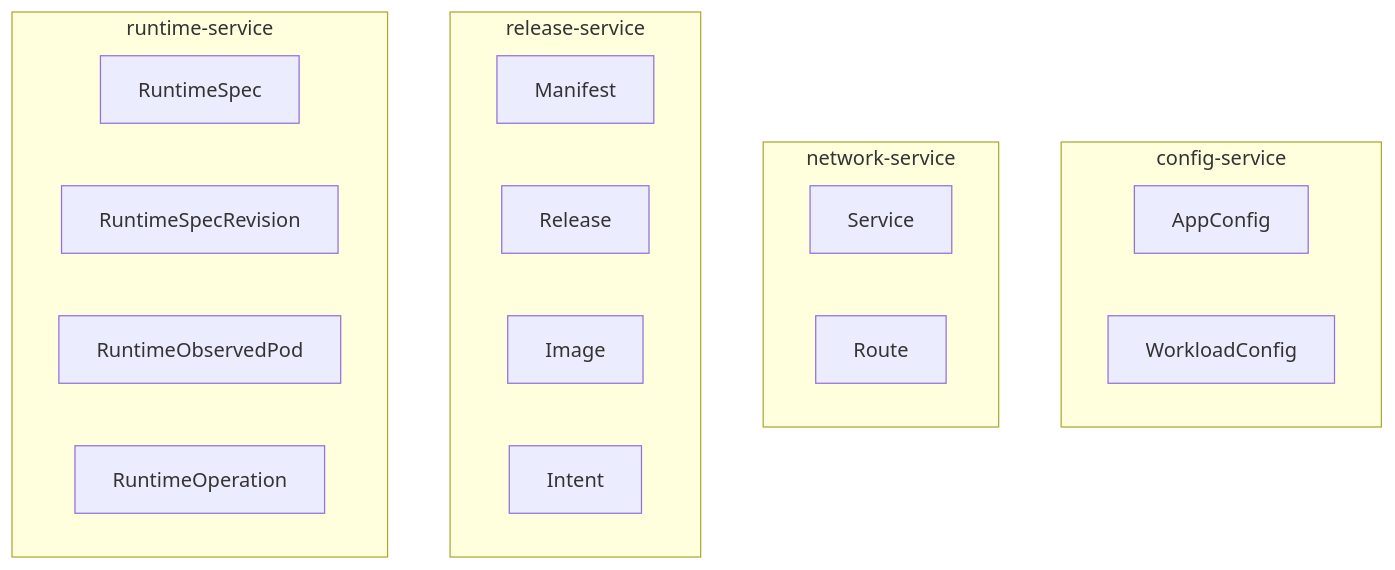
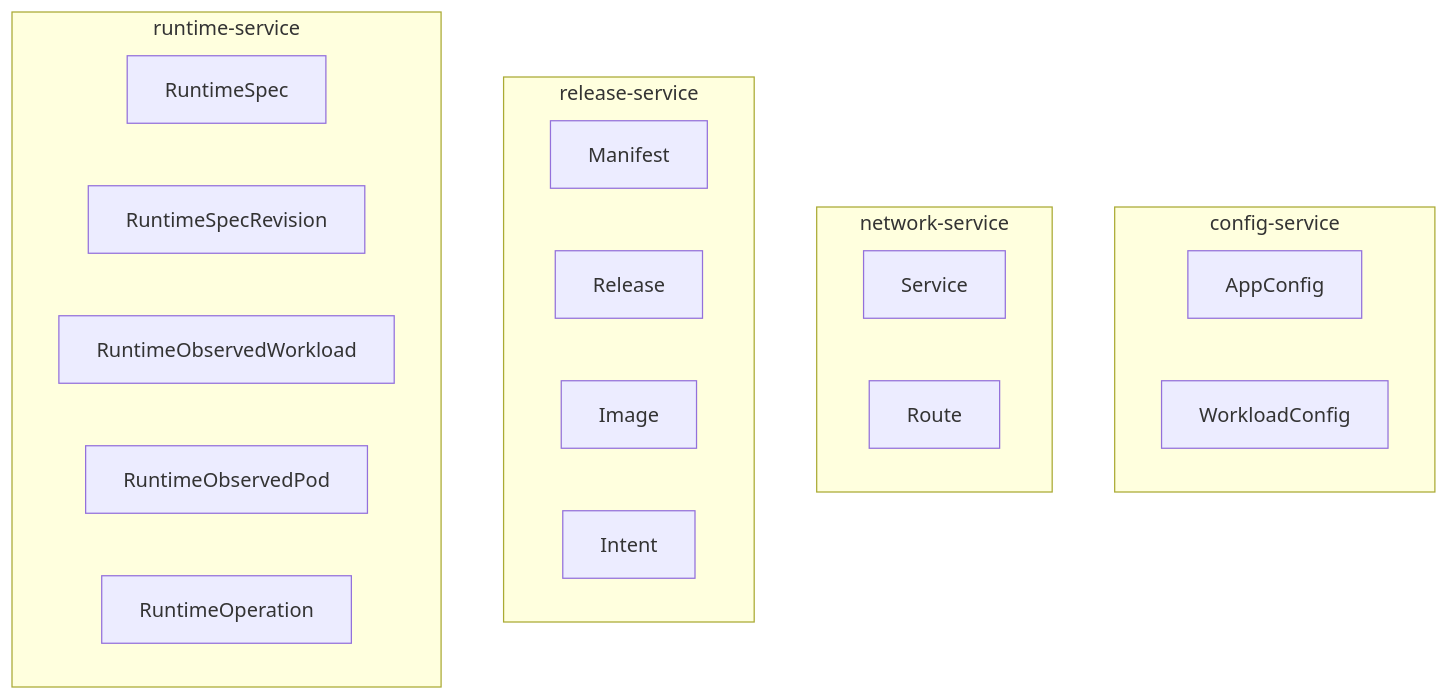
The fourth of 5 diagrams in docs/system/diagrams.md (bsonger/devflow-service), drawn with Mermaid before and after one commit. The commit also changed other lines of this file and 4 other files, not shown here.

Commit message:
document runtime workload observer read model

````diff
--- a/docs/system/diagrams.md
+++ b/docs/system/diagrams.md
@@ -144,26 +144,27 @@
 ```mermaid
 flowchart TB
     subgraph Config["config-service"]
         AC[AppConfig]
         WC[WorkloadConfig]
     end
 
     subgraph Network["network-service"]
         SVC[Service]
         RT[Route]
     end
 
     subgraph Release["release-service"]
         MF[Manifest]
         RL[Release]
         IMG[Image]
         INT[Intent]
     end
 
     subgraph Runtime["runtime-service"]
         RSPEC[RuntimeSpec]
         RREV[RuntimeSpecRevision]
+        RWORK[RuntimeObservedWorkload]
         RPOD[RuntimeObservedPod]
         ROP[RuntimeOperation]
     end
 ```
````
